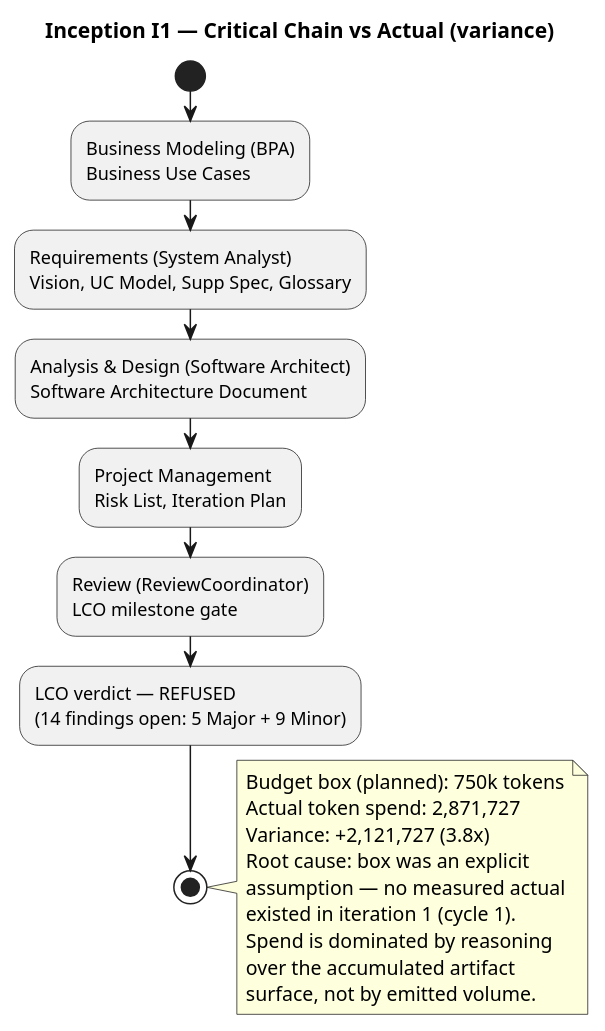
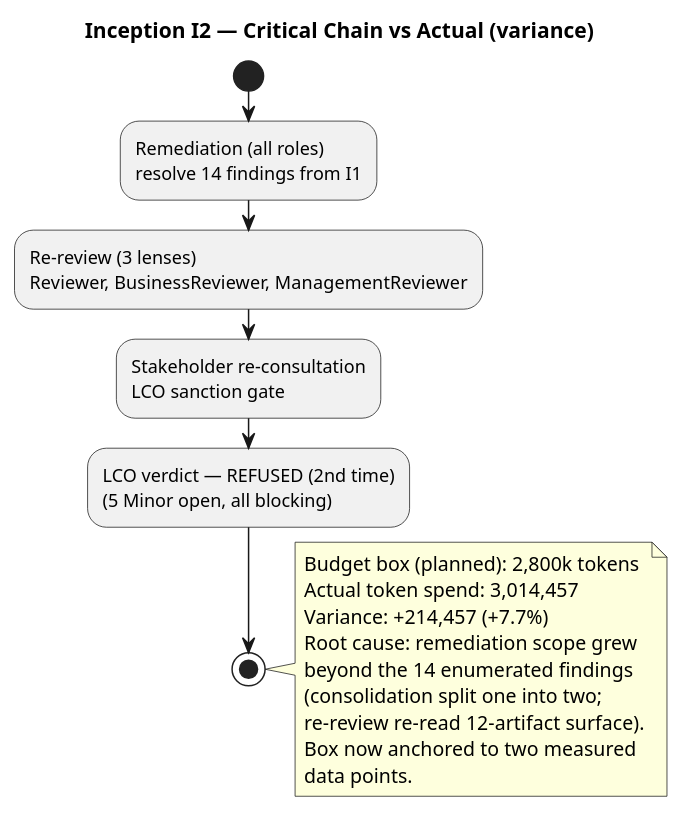
Before and after one commit to banense-test/trademe: the second of 2 diagrams in docs/artifacts/project-management/iteration-assessment.md, drawn with PlantUML. The commit also changed other lines of this file, not shown here.

First line of the commit message:
Project Manager [I2]: upsert Iteration Assessment

````diff
--- a/docs/artifacts/project-management/iteration-assessment.md
+++ b/docs/artifacts/project-management/iteration-assessment.md
@@ -64,26 +66,24 @@
 ```plantuml
 @startuml
-title Inception I1 — Critical Chain vs Actual (variance)
+title Inception I2 — Critical Chain vs Actual (variance)
 
 start
-:Business Modeling (BPA)\nBusiness Use Cases;
-:Requirements (System Analyst)\nVision, UC Model, Supp Spec, Glossary;
-:Analysis & Design (Software Architect)\nSoftware Architecture Document;
-:Project Management\nRisk List, Iteration Plan;
-:Review (ReviewCoordinator)\nLCO milestone gate;
-:LCO verdict — REFUSED\n(14 findings open: 5 Major + 9 Minor);
+:Remediation (all roles)\nresolve 14 findings from I1;
+:Re-review (3 lenses)\nReviewer, BusinessReviewer, ManagementReviewer;
+:Stakeholder re-consultation\nLCO sanction gate;
+:LCO verdict — REFUSED (2nd time)\n(5 Minor open, all blocking);
 stop
 
 note right
-  Budget box (planned): 750k tokens
-  Actual token spend: 2,871,727
-  Variance: +2,121,727 (3.8x)
-  Root cause: box was an explicit
-  assumption — no measured actual
-  existed in iteration 1 (cycle 1).
-  Spend is dominated by reasoning
-  over the accumulated artifact
-  surface, not by emitted volume.
+  Budget box (planned): 2,800k tokens
+  Actual token spend: 3,014,457
+  Variance: +214,457 (+7.7%)
+  Root cause: remediation scope grew
+  beyond the 14 enumerated findings
+  (consolidation split one into two;
+  re-review re-read 12-artifact surface).
+  Box now anchored to two measured
+  data points.
 end note
 @enduml
 ```
````
